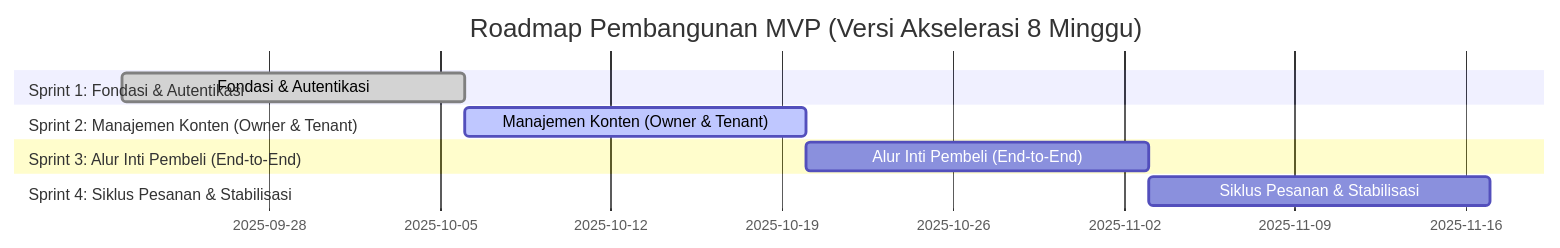
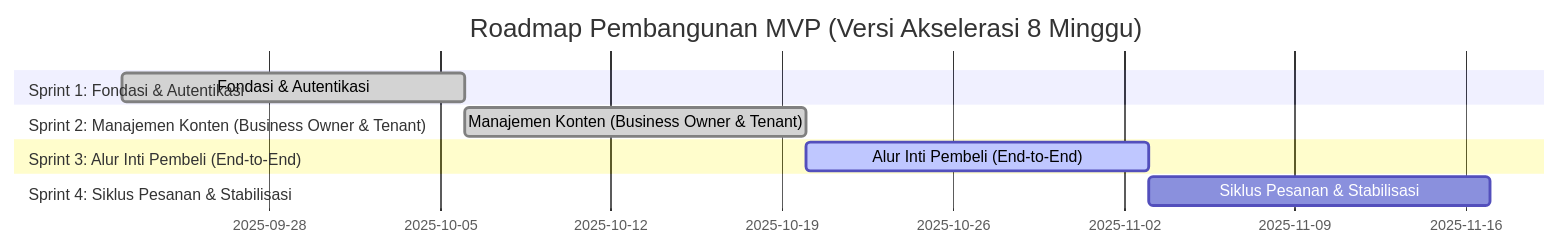
The diagram in Ceklist iterasi.md (Ryota679/PML_7), drawn with Mermaid before and after one commit. The commit also changed other lines of this file and 144 other files, not shown here.

````diff
--- a/Ceklist iterasi.md
+++ b/Ceklist iterasi.md
@@ -6,13 +7,13 @@
 ```mermaid
 gantt
     title Roadmap Pembangunan MVP (Versi Akselerasi 8 Minggu)
     dateFormat  YYYY-MM-DD
     section Sprint 1: Fondasi & Autentikasi
     Fondasi & Autentikasi      :done, 2025-09-22, 2w
-    section Sprint 2: Manajemen Konten (Owner & Tenant)
-    Manajemen Konten (Owner & Tenant)   :active, 2025-10-06, 2w
+    section Sprint 2: Manajemen Konten (Business Owner & Tenant)
+    Manajemen Konten (Business Owner & Tenant)   :done, 2025-10-06, 2w
     section Sprint 3: Alur Inti Pembeli (End-to-End)
-    Alur Inti Pembeli (End-to-End) : 2025-10-20, 2w
+    Alur Inti Pembeli (End-to-End) :active, 2025-10-20, 2w
     section Sprint 4: Siklus Pesanan & Stabilisasi
     Siklus Pesanan & Stabilisasi : 2025-11-03, 2w
 ```
````
